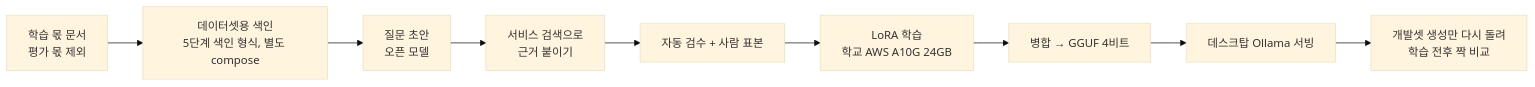
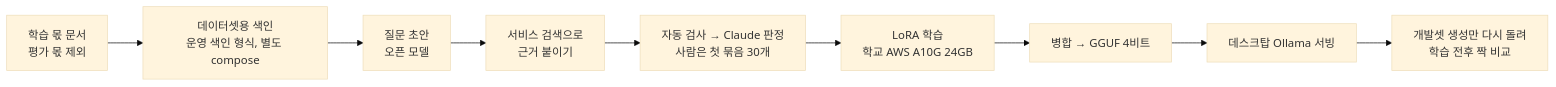
Before and after one commit to QyongGin/DocuMind: the second of 3 diagrams in docs/rag/m2/A.X-기준-계획-20261017.md, drawn with Mermaid (base theme). The commit also changed other lines of this file and 5 other files, not shown here.

````diff
--- a/docs/rag/m2/A.X-기준-계획-20261017.md
+++ b/docs/rag/m2/A.X-기준-계획-20261017.md
@@ -75,11 +76,11 @@
 ```mermaid
 flowchart LR
-    D[학습 몫 문서<br/>평가 몫 제외] --> I[데이터셋용 색인<br/>5단계 색인 형식, 별도 compose]
+    D[학습 몫 문서<br/>평가 몫 제외] --> I[데이터셋용 색인<br/>운영 색인 형식, 별도 compose]
     I --> Qg[질문 초안<br/>오픈 모델]
     Qg --> E[서비스 검색으로<br/>근거 붙이기]
-    E --> C[자동 검수 + 사람 표본]
+    E --> C[자동 검사 → Claude 판정<br/>사람은 첫 묶음 30개]
     C --> T[LoRA 학습<br/>학교 AWS A10G 24GB]
     T --> M[병합 → GGUF 4비트]
     M --> S[데스크탑 Ollama 서빙]
     S --> X[개발셋 생성만 다시 돌려<br/>학습 전후 짝 비교]
 ```
````
